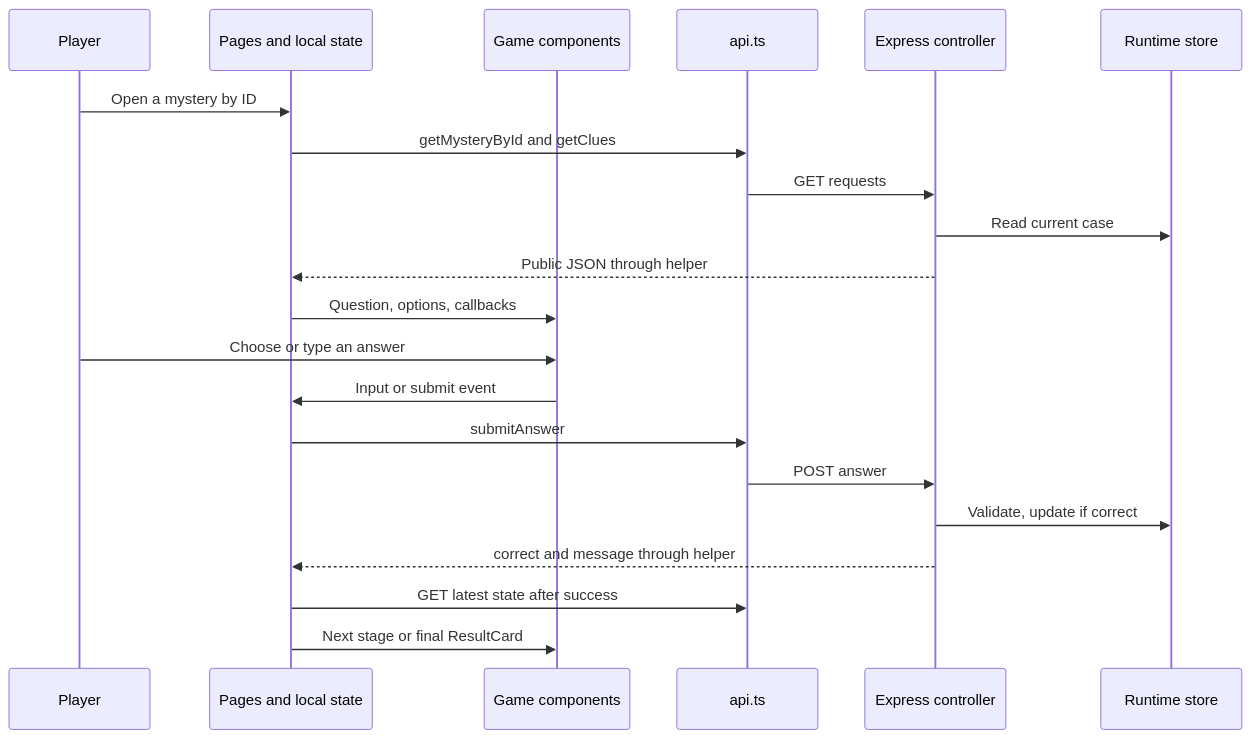
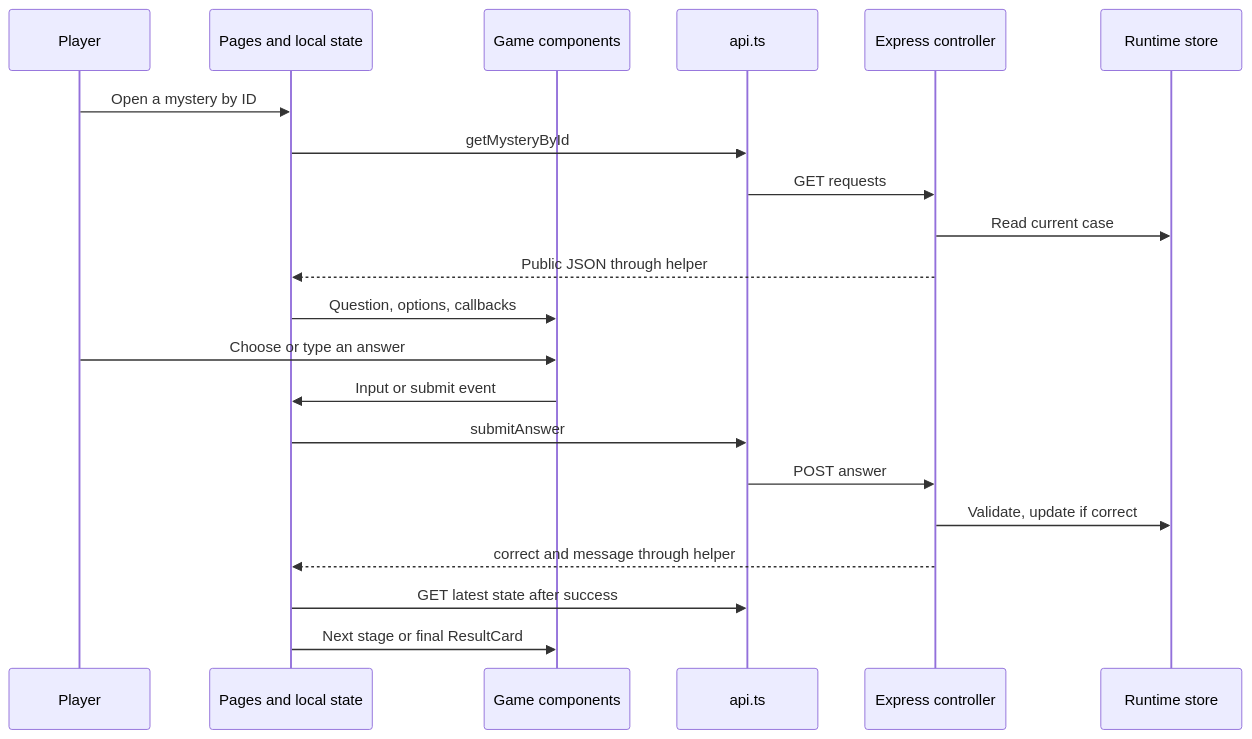
Before and after one commit to hamidAlhaj/mystery-room-b4f: the second of 2 diagrams in docs/PRESENTATION_GUIDE.md, drawn with Mermaid. The commit also changed other lines of this file and 16 other files, not shown here.

````diff
--- a/docs/PRESENTATION_GUIDE.md
+++ b/docs/PRESENTATION_GUIDE.md
@@ -568,23 +567,23 @@
 ```mermaid
 sequenceDiagram
   participant Player
   participant Page as Pages and local state
   participant UI as Game components
   participant Helper as api.ts
   participant Server as Express controller
   participant Store as Runtime store
   Player->>Page: Open a mystery by ID
-  Page->>Helper: getMysteryById and getClues
+  Page->>Helper: getMysteryById
   Helper->>Server: GET requests
   Server->>Store: Read current case
   Server-->>Page: Public JSON through helper
   Page->>UI: Question, options, callbacks
   Player->>UI: Choose or type an answer
   UI->>Page: Input or submit event
   Page->>Helper: submitAnswer
   Helper->>Server: POST answer
   Server->>Store: Validate, update if correct
   Server-->>Page: correct and message through helper
   Page->>Helper: GET latest state after success
   Page->>UI: Next stage or final ResultCard
 ```
````
